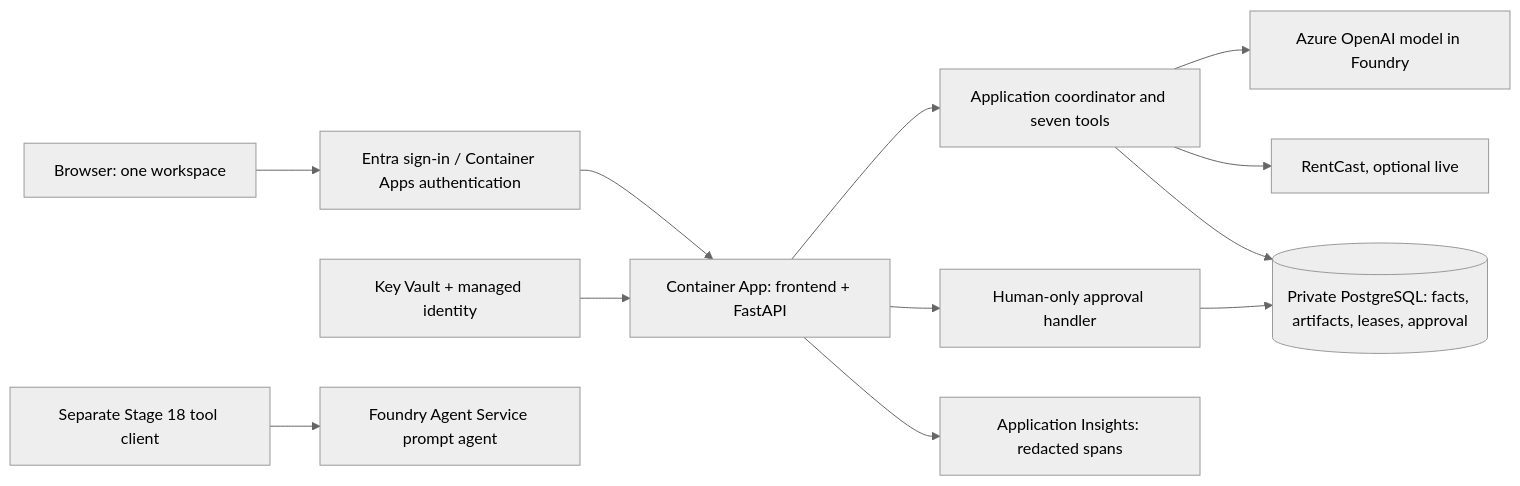
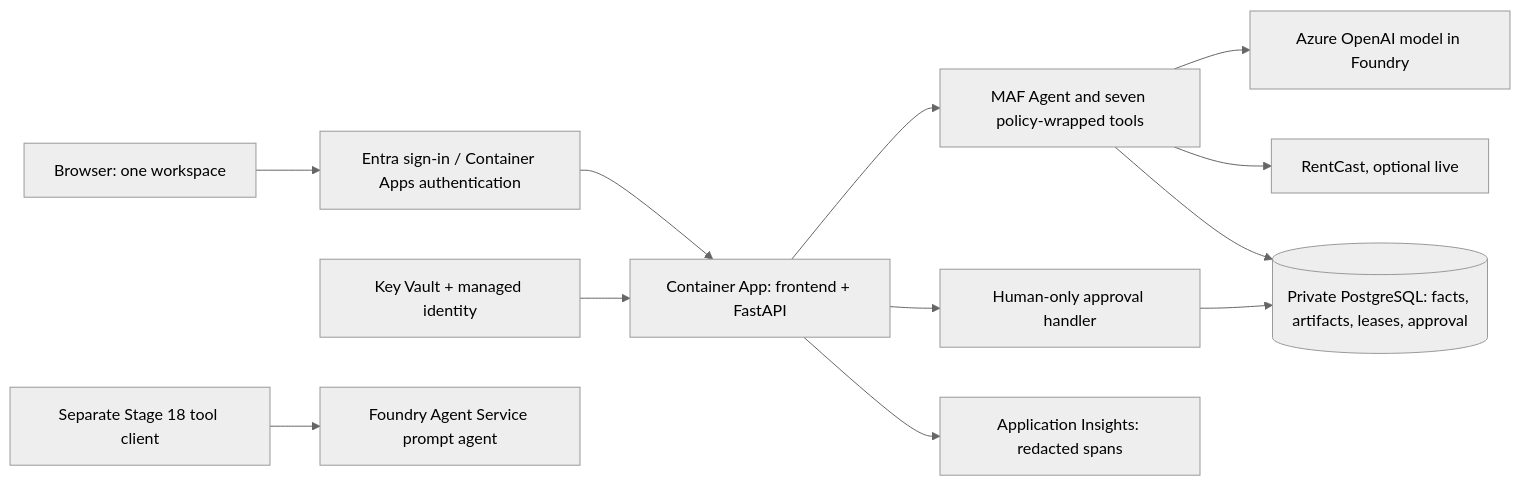
One commit to baywiggins/uplisted-minimal changed the diagram in docs/06-azure-architecture.md. Above: the diagram before and after it, drawn with Mermaid (neutral theme). The commit also changed other lines of this file and 60 other files, not shown here.

````diff
--- a/docs/06-azure-architecture.md
+++ b/docs/06-azure-architecture.md
@@ -27,14 +27,14 @@
 ```mermaid
 flowchart LR
     U[Browser: one workspace] --> E[Entra sign-in / Container Apps authentication]
     E --> A[Container App: frontend + FastAPI]
-    A --> C[Application coordinator and seven tools]
+    A --> C[MAF Agent and seven policy-wrapped tools]
     C --> F[Azure OpenAI model in Foundry]
     C --> R[RentCast, optional live]
     C --> P[(Private PostgreSQL: facts, artifacts, leases, approval)]
     A --> H[Human-only approval handler]
     H --> P
     A --> I[Application Insights: redacted spans]
     K[Key Vault + managed identity] --> A
     L[Separate Stage 18 tool client] --> M[Foundry Agent Service prompt agent]
 ```
````
